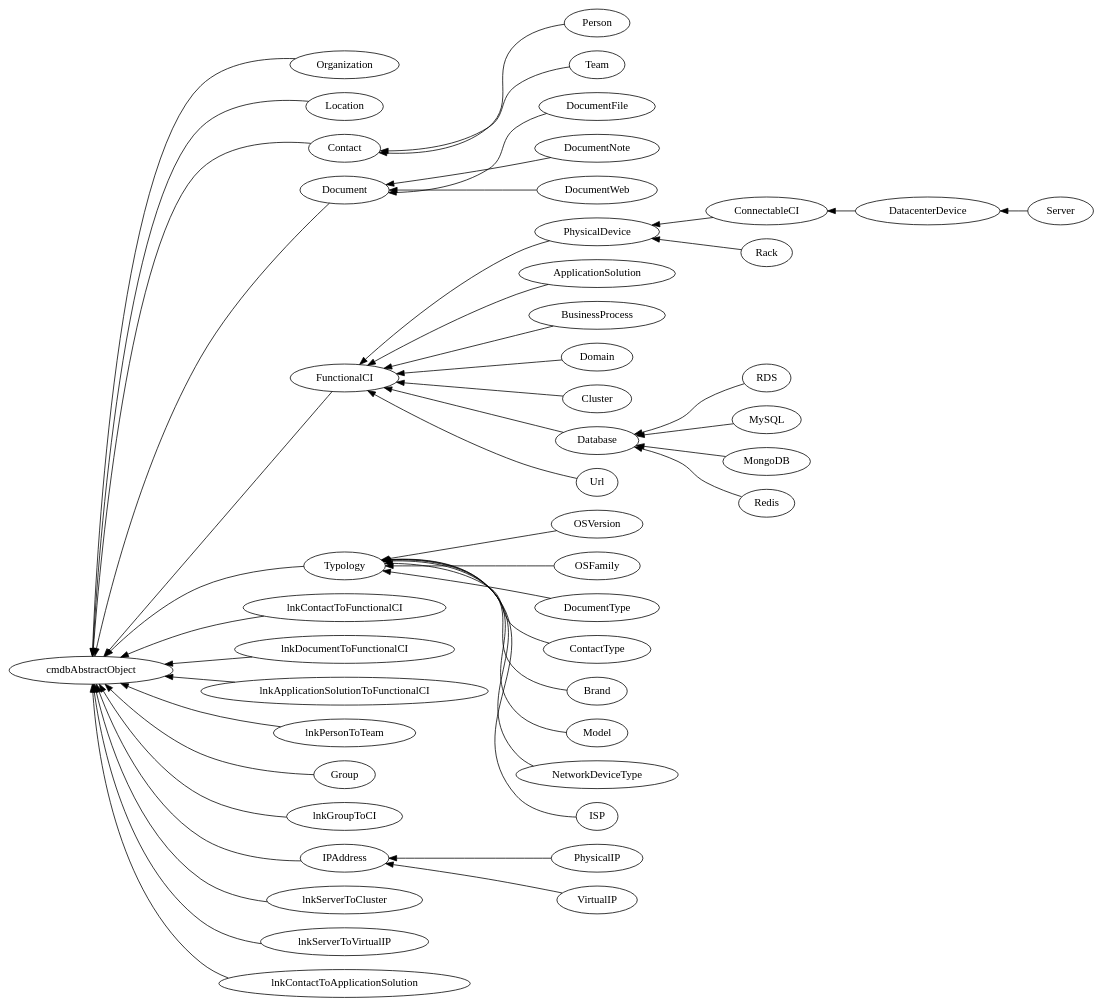
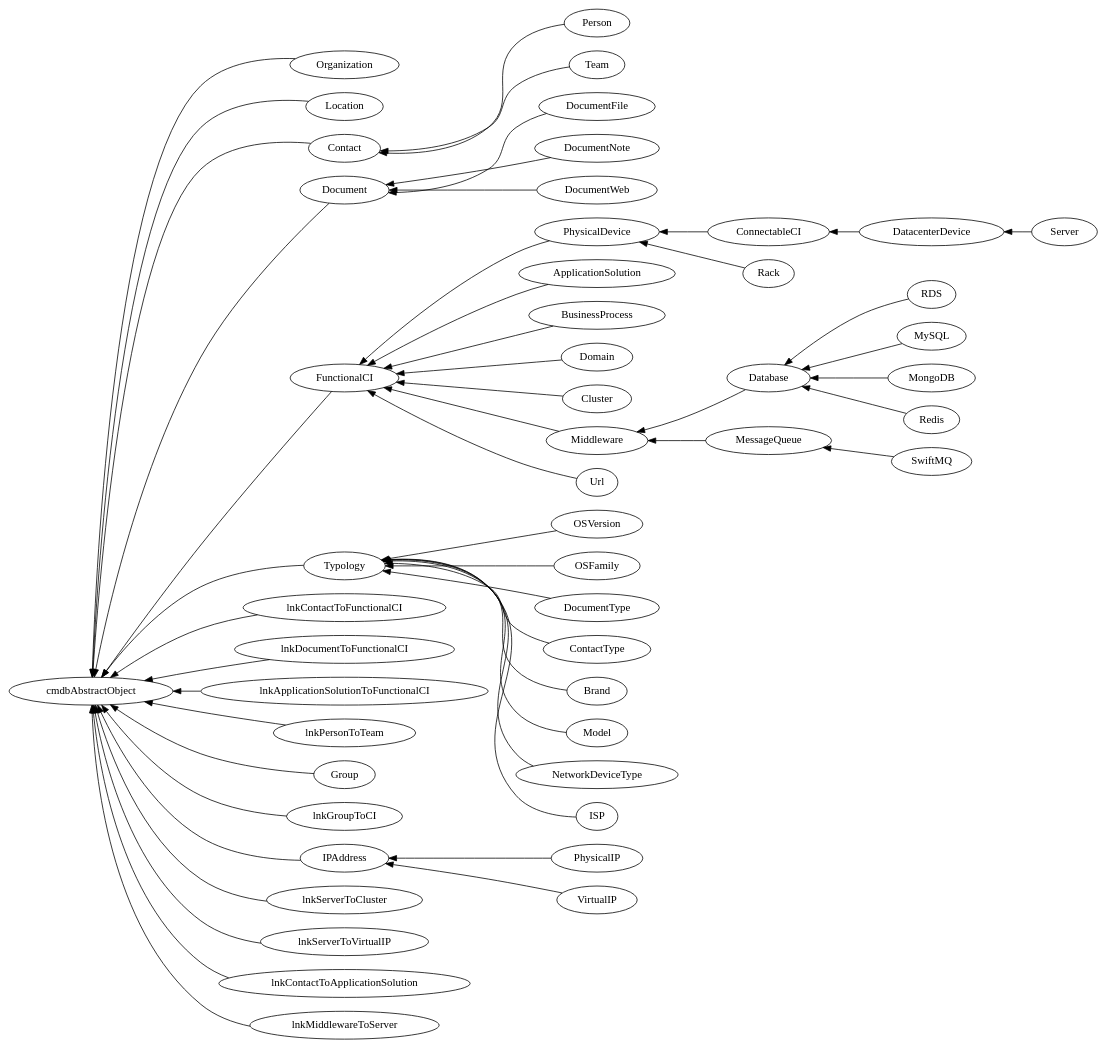
The diagram in itop.dot (ops-itop/itop-extensions), drawn with Graphviz before and after one commit. The commit also changed 7 other files, not shown here.

Commit message:
[le-config-mgmt]新增Middleware类，Database，MessageQueue作为Middleware子类; 新增SwiftMQ类

```diff
--- a/itop.dot
+++ b/itop.dot
@@ -1,49 +1,53 @@
 digraph G{
 rankdir=RL
 Organization->cmdbAbstractObject
 Location->cmdbAbstractObject
 Contact->cmdbAbstractObject
 Person->Contact
 Team->Contact
 Document->cmdbAbstractObject
 DocumentFile->Document
 DocumentNote->Document
 DocumentWeb->Document
 FunctionalCI->cmdbAbstractObject
 PhysicalDevice->FunctionalCI
 ConnectableCI->PhysicalDevice
 DatacenterDevice->ConnectableCI
 Server->DatacenterDevice
 ApplicationSolution->FunctionalCI
 BusinessProcess->FunctionalCI
 Typology->cmdbAbstractObject
 OSVersion->Typology
 OSFamily->Typology
 DocumentType->Typology
 ContactType->Typology
 Brand->Typology
 Model->Typology
 NetworkDeviceType->Typology
 lnkContactToFunctionalCI->cmdbAbstractObject
 lnkDocumentToFunctionalCI->cmdbAbstractObject
 lnkApplicationSolutionToFunctionalCI->cmdbAbstractObject
 lnkPersonToTeam->cmdbAbstractObject
 Group->cmdbAbstractObject
 lnkGroupToCI->cmdbAbstractObject
 IPAddress->cmdbAbstractObject
 PhysicalIP->IPAddress
 VirtualIP->IPAddress
 Domain->FunctionalCI
 Cluster->FunctionalCI
-Database->FunctionalCI
+Middleware->FunctionalCI
+Database->Middleware
 RDS->Database
 MySQL->Database
 MongoDB->Database
 Redis->Database
+MessageQueue->Middleware
+SwiftMQ->MessageQueue
 Url->FunctionalCI
 Rack->PhysicalDevice
 ISP->Typology
 lnkServerToCluster->cmdbAbstractObject
 lnkServerToVirtualIP->cmdbAbstractObject
 lnkContactToApplicationSolution->cmdbAbstractObject
+lnkMiddlewareToServer->cmdbAbstractObject
 }
```
